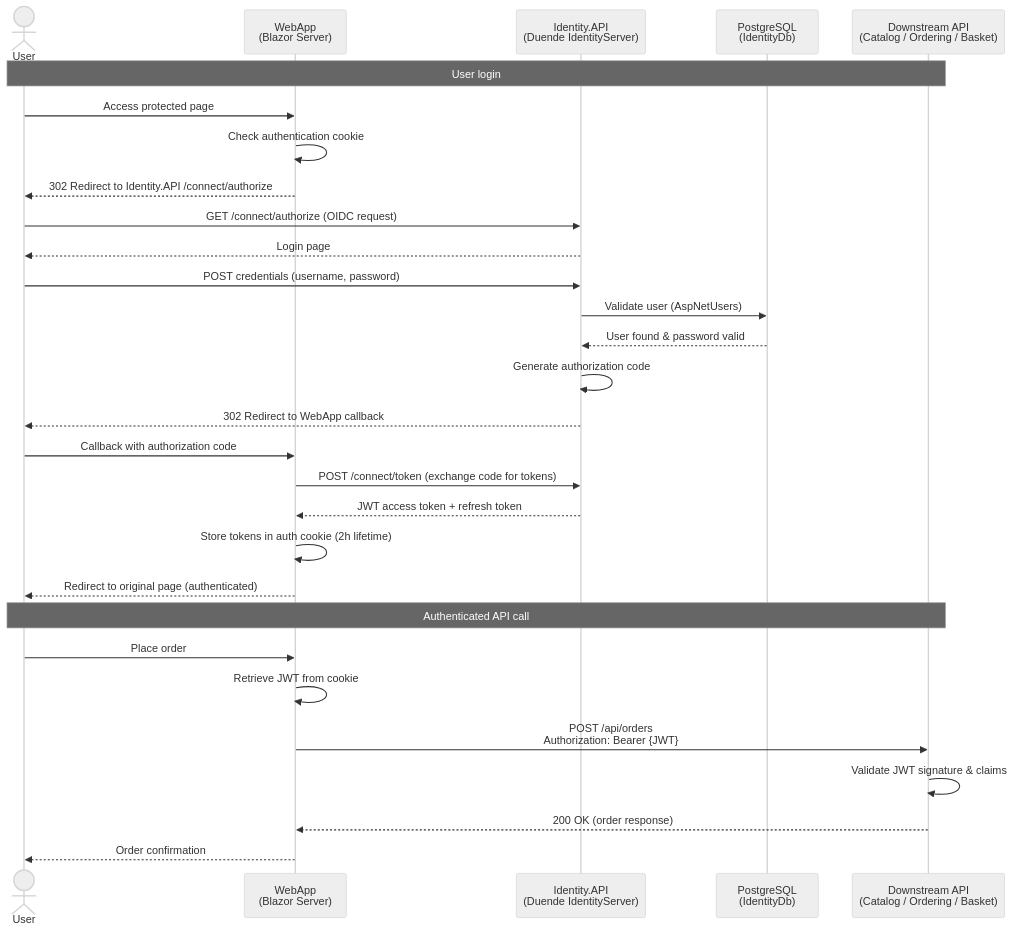
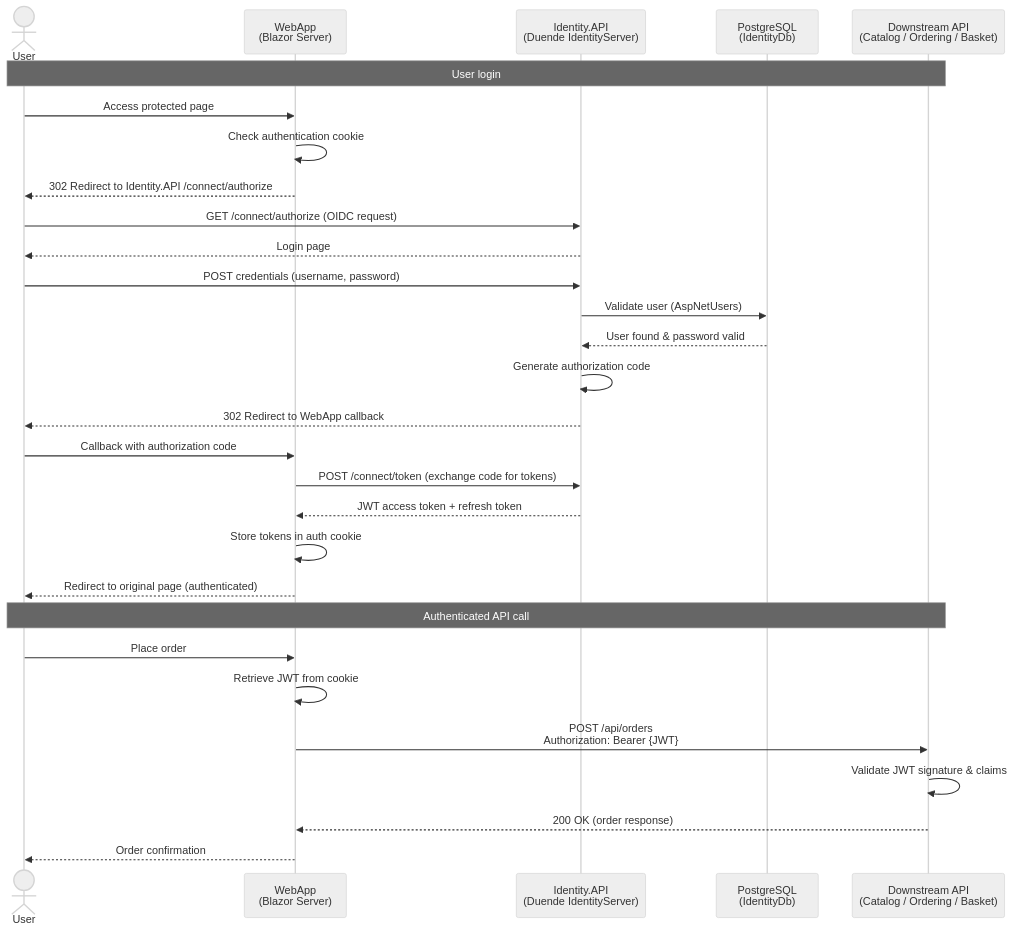
One commit to apac-se-offsite-bangkok/eShop-nana-warriors changed the seventh of 9 diagrams in docs/sequence-diagrams.md. Above: the diagram before and after it, drawn with Mermaid (neutral theme).

Commit message:
Remove hardcoded token lifetime from auth flow diagram

````diff
--- a/docs/sequence-diagrams.md
+++ b/docs/sequence-diagrams.md
@@ -264,40 +264,40 @@
 ```mermaid
 sequenceDiagram
     actor User
     participant WebApp as WebApp<br/>(Blazor Server)
     participant IdentityAPI as Identity.API<br/>(Duende IdentityServer)
     participant IdentityDB as PostgreSQL<br/>(IdentityDb)
     participant API as Downstream API<br/>(Catalog / Ordering / Basket)
 
     Note over User,API: User login
 
     User->>WebApp: Access protected page
     WebApp->>WebApp: Check authentication cookie
     WebApp-->>User: 302 Redirect to Identity.API /connect/authorize
 
     User->>IdentityAPI: GET /connect/authorize (OIDC request)
     IdentityAPI-->>User: Login page
 
     User->>IdentityAPI: POST credentials (username, password)
     IdentityAPI->>IdentityDB: Validate user (AspNetUsers)
     IdentityDB-->>IdentityAPI: User found & password valid
 
     IdentityAPI->>IdentityAPI: Generate authorization code
     IdentityAPI-->>User: 302 Redirect to WebApp callback
 
     User->>WebApp: Callback with authorization code
     WebApp->>IdentityAPI: POST /connect/token (exchange code for tokens)
     IdentityAPI-->>WebApp: JWT access token + refresh token
 
-    WebApp->>WebApp: Store tokens in auth cookie (2h lifetime)
+    WebApp->>WebApp: Store tokens in auth cookie
     WebApp-->>User: Redirect to original page (authenticated)
 
     Note over User,API: Authenticated API call
 
     User->>WebApp: Place order
     WebApp->>WebApp: Retrieve JWT from cookie
     WebApp->>API: POST /api/orders<br/>Authorization: Bearer {JWT}
     API->>API: Validate JWT signature & claims
     API-->>WebApp: 200 OK (order response)
     WebApp-->>User: Order confirmation
 ```
````
